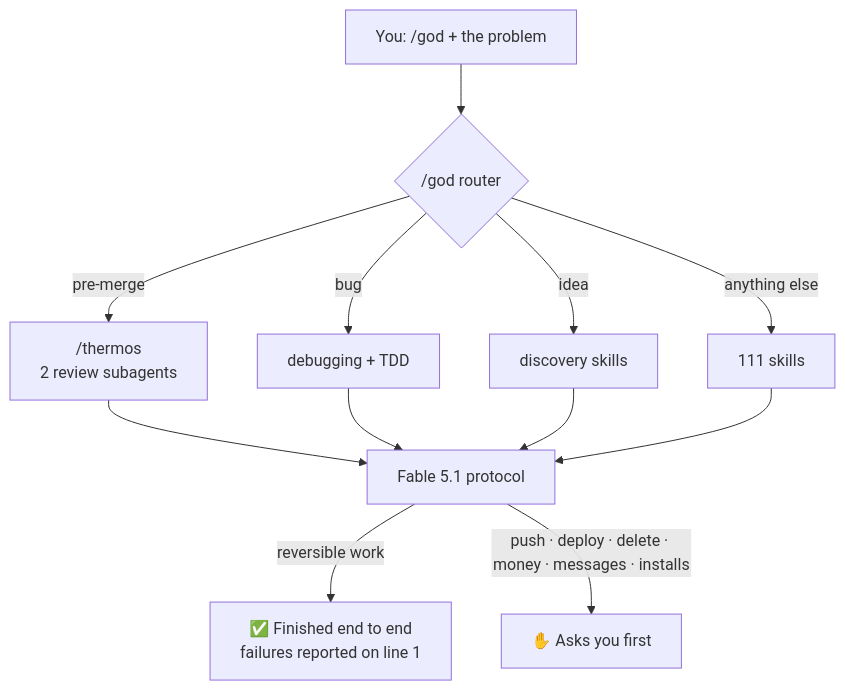
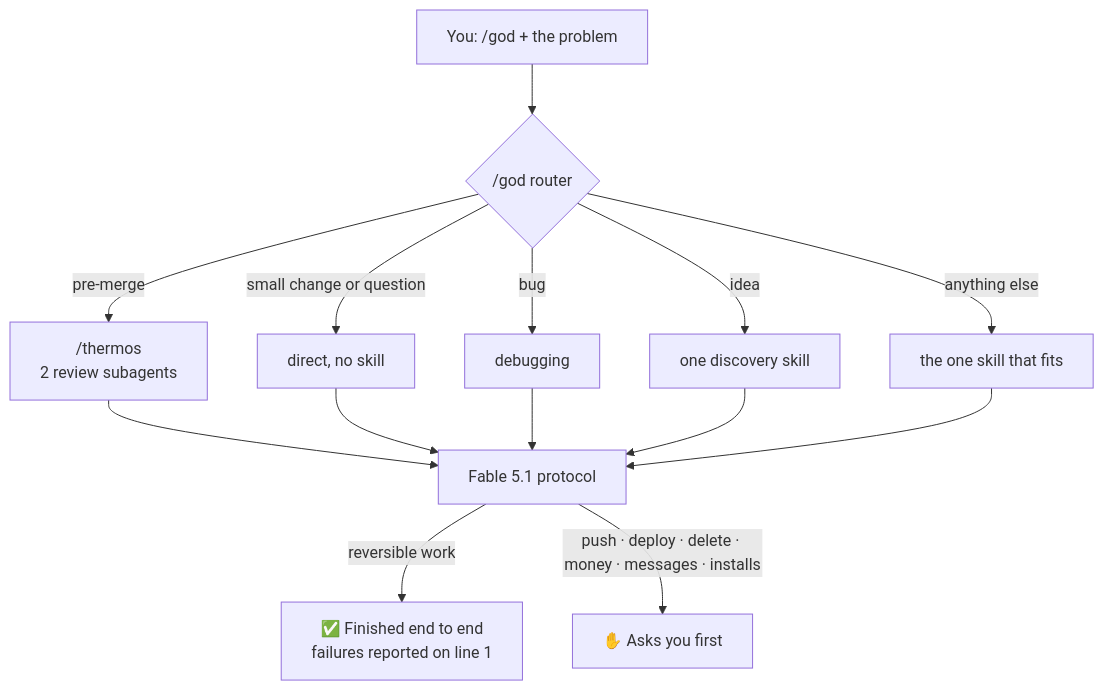
One commit to Gastonchevarria/god-mode changed the diagram in README.md. Above: the diagram before and after it, drawn with Mermaid. The commit also changed other lines of this file and 13 other files, not shown here.

First line of the commit message:
feat(god): direct route, one skill per route, route eval

````diff
--- a/README.md
+++ b/README.md
@@ -124,14 +125,16 @@
 ```mermaid
 flowchart TD
     U["You: /god + the problem"] --> R{"/god router"}
     R -->|pre-merge| T["/thermos<br/>2 review subagents"]
-    R -->|bug| D["debugging + TDD"]
-    R -->|idea| V["discovery skills"]
-    R -->|anything else| S["111 skills"]
+    R -->|small change or question| X["direct, no skill"]
+    R -->|bug| D["debugging"]
+    R -->|idea| V["one discovery skill"]
+    R -->|anything else| S["the one skill that fits"]
     T --> P["Fable 5.1 protocol"]
+    X --> P
     D --> P
     V --> P
     S --> P
     P -->|reversible work| F["✅ Finished end to end<br/>failures reported on line 1"]
     P -->|push · deploy · delete · money · messages · installs| A["✋ Asks you first"]
 ```
````
